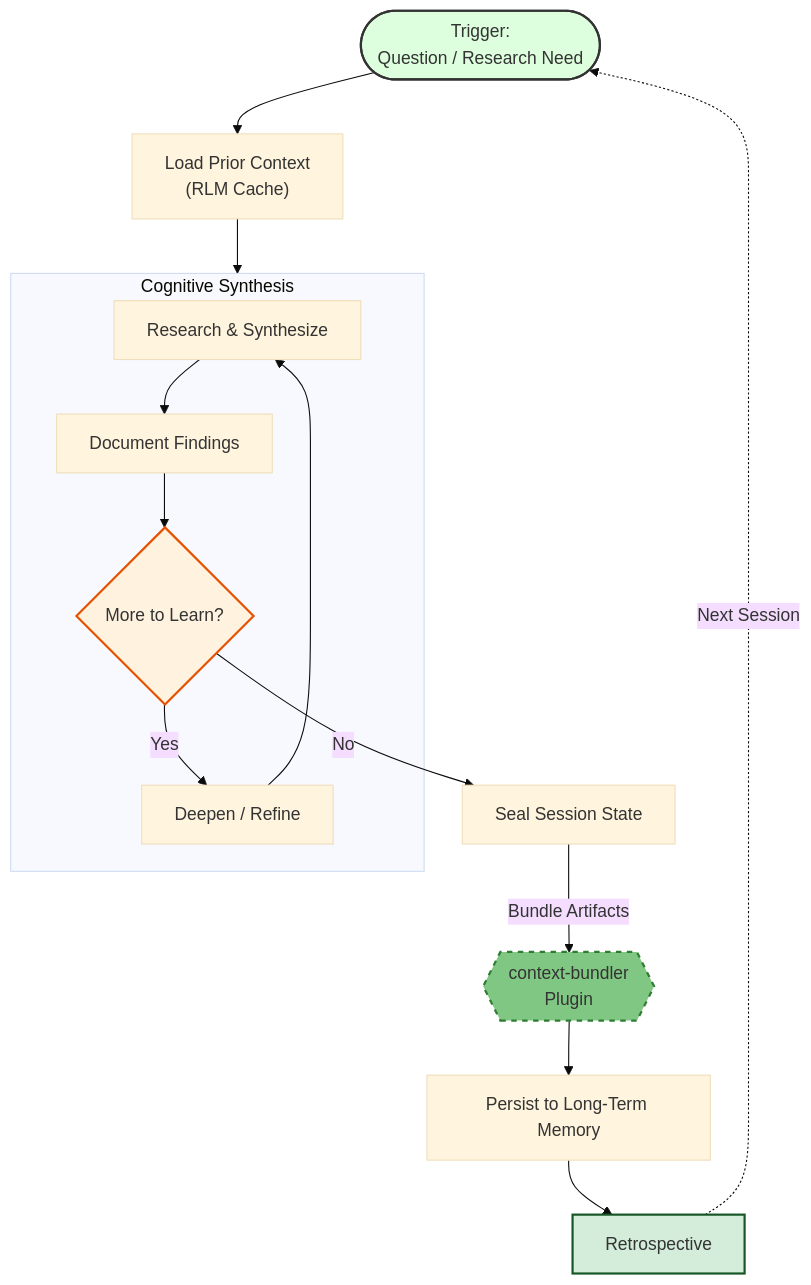
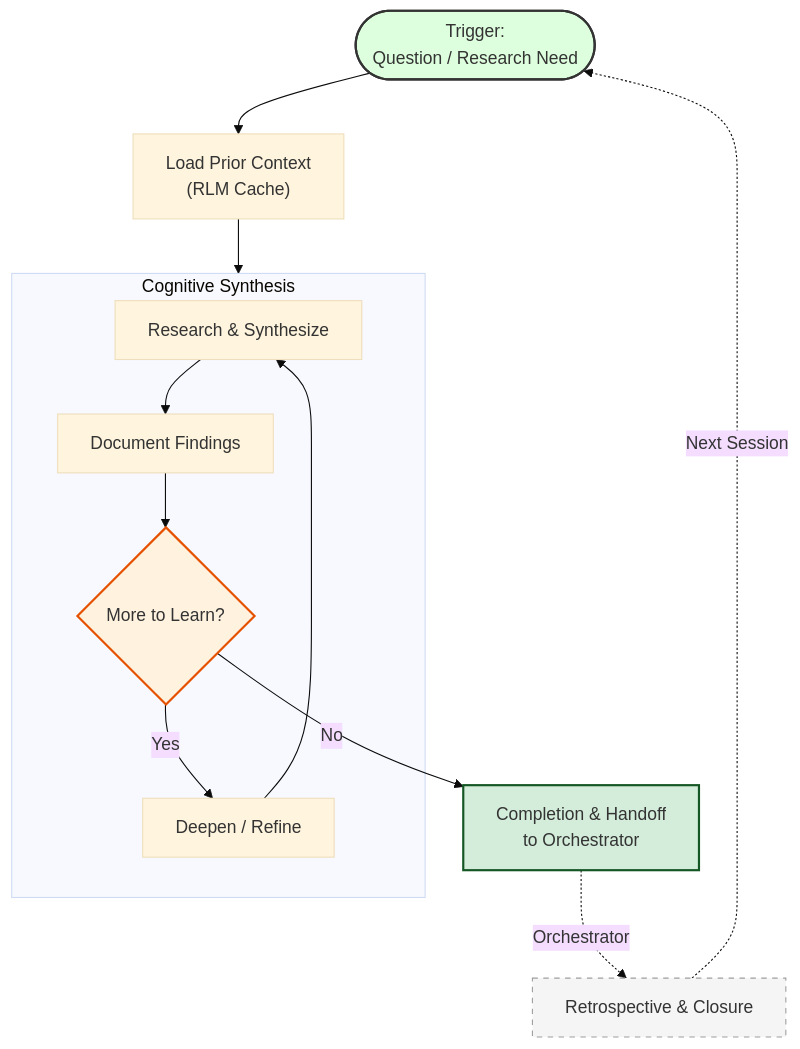
Before and after one commit to richfrem/Project_Sanctuary: the diagram in plugins/agent-loops/resources/diagrams/learning_loop.mmd, drawn with Mermaid. The commit also changed 4 other files, not shown here.

Commit message:
docs(diagrams): update agent loop architectural diagrams and add explicit guardian handoff sequence

```diff
--- a/plugins/agent-loops/resources/diagrams/learning_loop.mmd
+++ b/plugins/agent-loops/resources/diagrams/learning_loop.mmd
@@ -1,37 +1,34 @@
 ---
 config:
   theme: base
 ---
 
 %% Pattern 1: Simple Learning Loop
 %% Self-directed research, document, iterate. No agents, no reviews.
 %% Location: resources/diagrams/learning_loop.mmd
 
 flowchart TB
     Start(["Trigger:<br>Question / Research Need"])
     Start --> Orient["Load Prior Context<br>(RLM Cache)"]
     
     subgraph Execution["Cognitive Synthesis"]
         Research["Research & Synthesize"]
         Document["Document Findings"]
         
         Research --> Document
         Document --> Iterate{"More to Learn?"}
         
         Iterate -- Yes --> Deepen["Deepen / Refine"]
         Deepen --> Research
     end
     
     Orient --> Execution
     
-    Iterate -- No --> Seal["Seal Session State"]
-    Bundler{{"context-bundler<br>Plugin"}}
-    Seal -->|Bundle Artifacts| Bundler
-    Bundler --> Persist["Persist to Long-Term Memory"]
-    Persist --> Retro["Retrospective"]
-    Retro -.->|"Next Session"| Start
+    Iterate -- No --> Handoff["Completion & Handoff<br>to Orchestrator"]
+    Handoff -.->|Orchestrator| Next["Retrospective & Closure"]
+    Next -.->|"Next Session"| Start
 
     style Start fill:#dfd,stroke:#333,stroke-width:2px
     style Iterate fill:#fff3e0,stroke:#e65100,stroke-width:2px
-    style Retro fill:#d4edda,stroke:#155724,stroke-width:2px
-    style Bundler fill:#81c784,stroke:#2e7d32,stroke-width:2px,stroke-dasharray: 5 5
+    style Handoff fill:#d4edda,stroke:#155724,stroke-width:2px
+    style Next fill:#f5f5f5,stroke:#9e9e9e,stroke-width:1px,stroke-dasharray: 5 5
```
